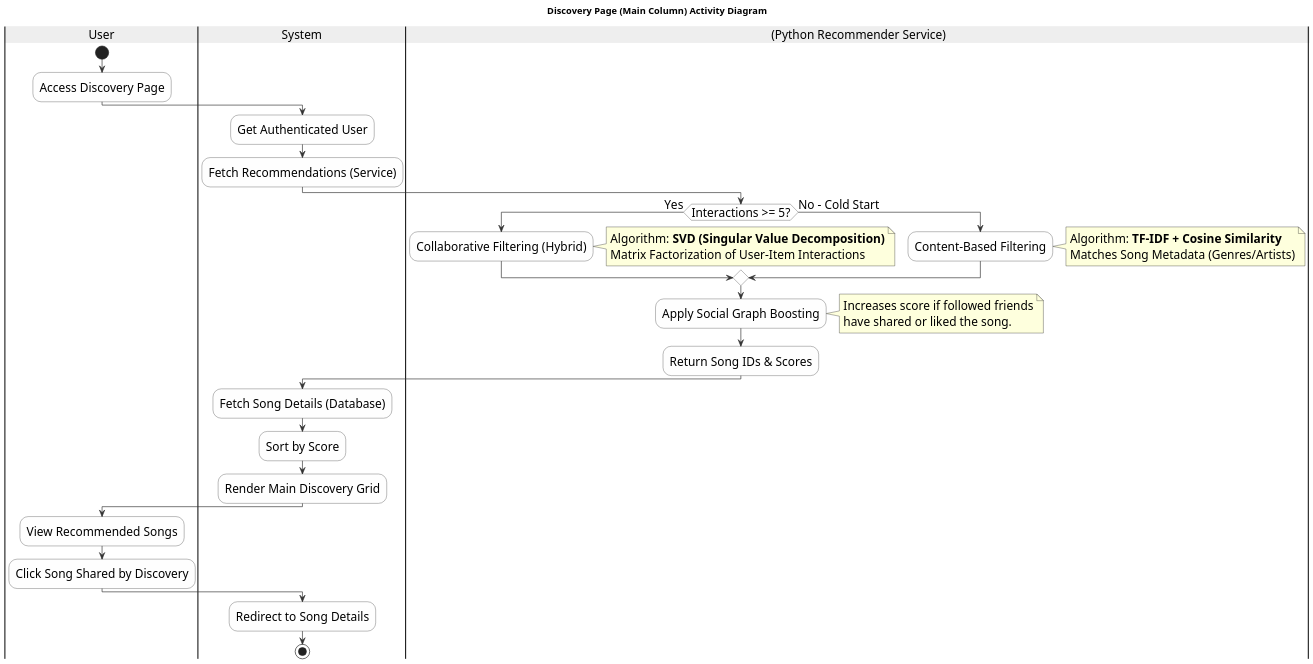
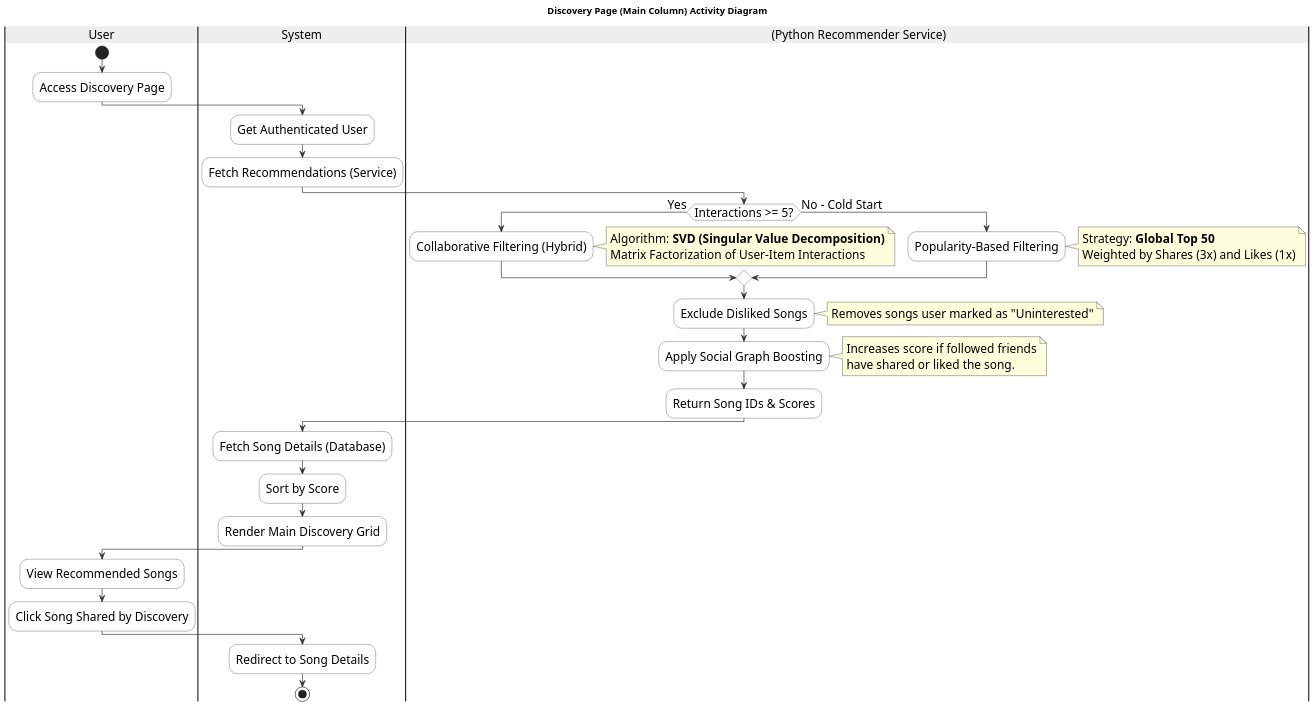
The diagram in activity_diagram_discovery.plantuml (HeinreichMorphine/musicsocial), drawn with PlantUML before and after one commit.

Commit message:
Update activity diagram with new popularity and dislike logic

```diff
--- a/activity_diagram_discovery.plantuml
+++ b/activity_diagram_discovery.plantuml
@@ -1,55 +1,59 @@
 @startuml
 title Discovery Page (Main Column) Activity Diagram
 skinparam swimlaneBorderColor black
 skinparam swimlaneTitleBackgroundColor #EEE
 skinparam activityBackgroundColor #FEFEFE
 skinparam activityArrowColor #333
 skinparam activityBorderColor #333
 skinparam nodesep 50
 skinparam ranksep 50
 scale 1.5
 skinparam defaultFontSize 18
 |User|
 |System| 
 |External_API| (Python Recommender Service)
 
 |User|
 start
 :Access Discovery Page;
 |System|
 :Get Authenticated User;
 :Fetch Recommendations (Service);
 
 |External_API|
 if (Interactions >= 5?) then (Yes)
     :Collaborative Filtering (Hybrid);
     note right
         Algorithm: **SVD (Singular Value Decomposition)**
         Matrix Factorization of User-Item Interactions
     end note
 else (No - Cold Start)
-    :Content-Based Filtering;
+    :Popularity-Based Filtering;
     note right
-        Algorithm: **TF-IDF + Cosine Similarity**
-        Matches Song Metadata (Genres/Artists)
+        Strategy: **Global Top 50**
+        Weighted by Shares (3x) and Likes (1x)
     end note
 endif
+:Exclude Disliked Songs;
+note right
+    Removes songs user marked as "Uninterested"
+end note
 :Apply Social Graph Boosting;
 note right
     Increases score if followed friends
     have shared or liked the song.
 end note
 :Return Song IDs & Scores;
 
 |System|
 :Fetch Song Details (Database);
 :Sort by Score;
 :Render Main Discovery Grid;
 
 |User|
 :View Recommended Songs;
 :Click Song Shared by Discovery;
 |System|
 :Redirect to Song Details;
 stop
 @enduml
```
